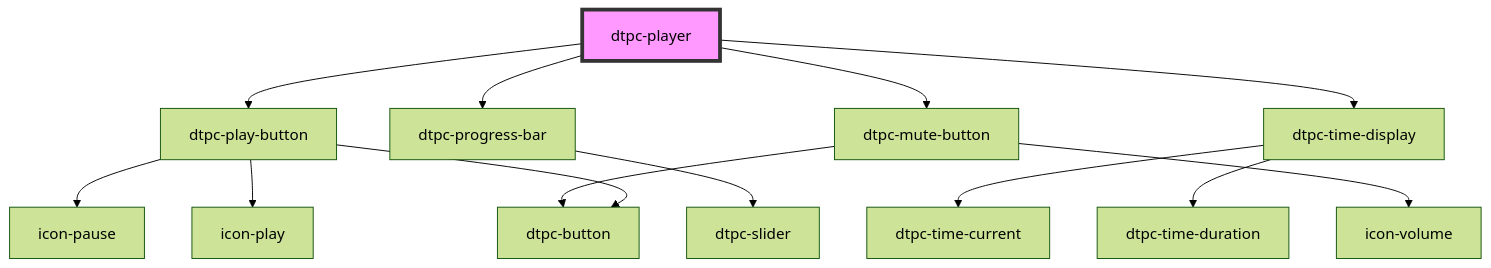
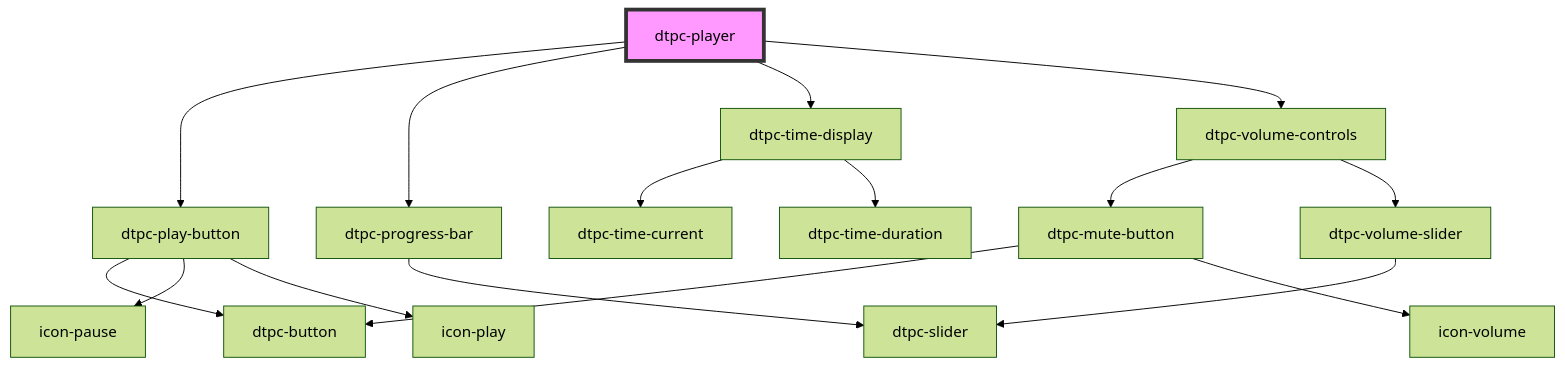
The diagram in packages/blocks/player/web-components/src/components/dtpc-player/readme.md (PRX/Dovetail-Wordpress-Plugin), drawn with Mermaid (forest theme) before and after one commit. The commit also changed other lines of this file and 90 other files, not shown here.

First line of the commit message:
feat(player): add volume controls component and block

````diff
--- a/packages/blocks/player/web-components/src/components/dtpc-player/readme.md
+++ b/packages/blocks/player/web-components/src/components/dtpc-player/readme.md
@@ -34,16 +34,19 @@
 ```mermaid
 graph TD;
   dtpc-player --> dtpc-play-button
   dtpc-player --> dtpc-progress-bar
   dtpc-player --> dtpc-time-display
-  dtpc-player --> dtpc-mute-button
+  dtpc-player --> dtpc-volume-controls
   dtpc-play-button --> dtpc-button
   dtpc-play-button --> icon-pause
   dtpc-play-button --> icon-play
   dtpc-progress-bar --> dtpc-slider
   dtpc-time-display --> dtpc-time-current
   dtpc-time-display --> dtpc-time-duration
+  dtpc-volume-controls --> dtpc-mute-button
+  dtpc-volume-controls --> dtpc-volume-slider
   dtpc-mute-button --> dtpc-button
   dtpc-mute-button --> icon-volume
+  dtpc-volume-slider --> dtpc-slider
   style dtpc-player fill:#f9f,stroke:#333,stroke-width:4px
 ```
````
